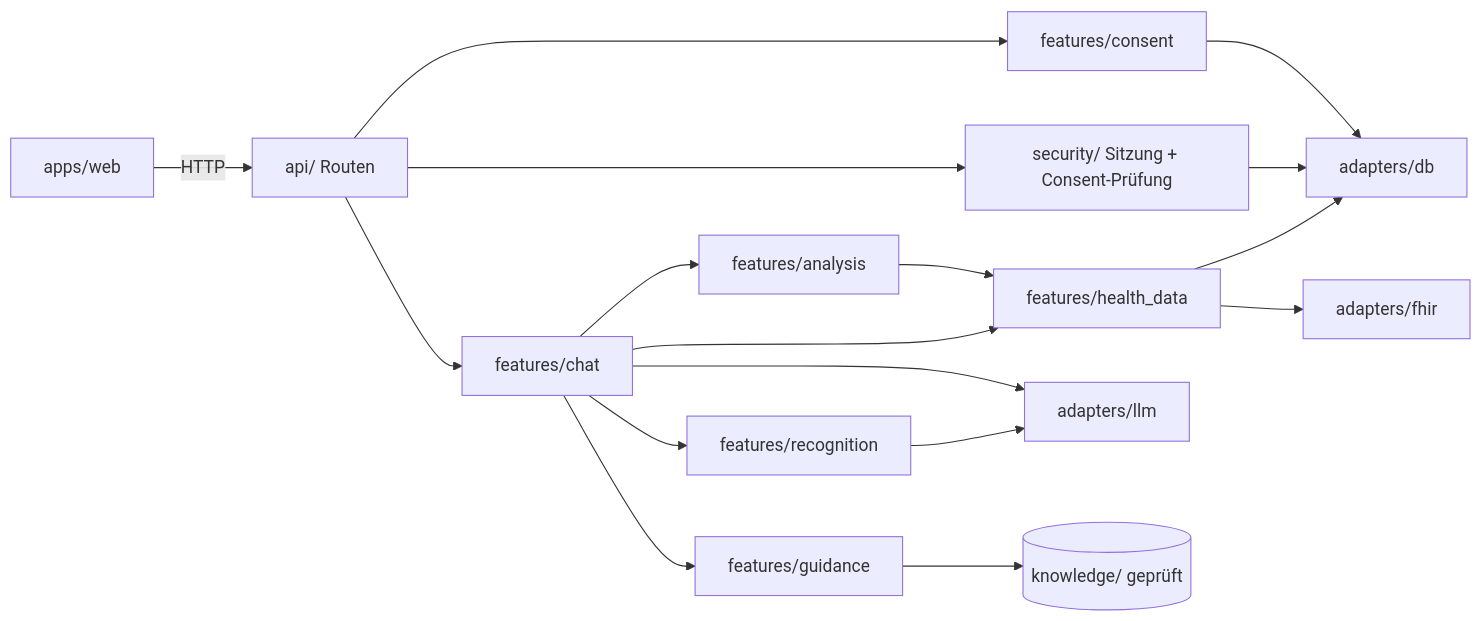
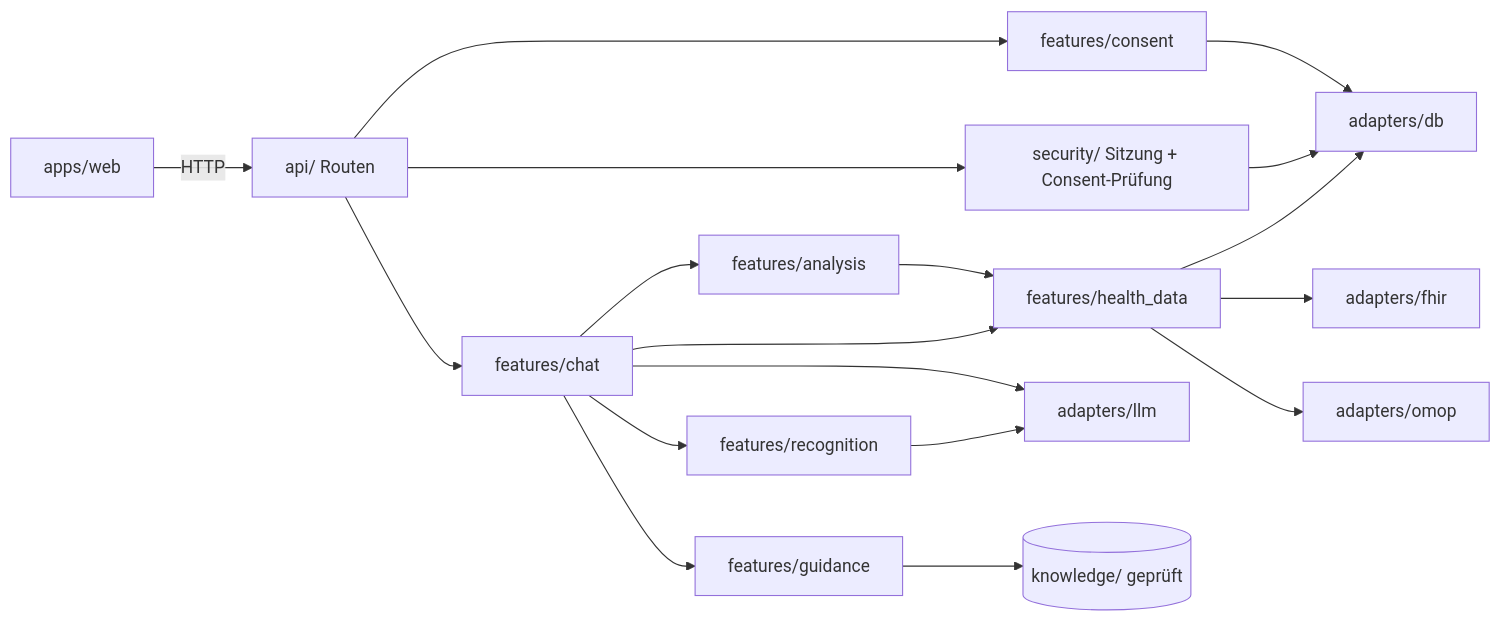
One commit to Afakani/VitaSync changed the diagram in docs/Architektur.md. Above: the diagram before and after it, drawn with Mermaid. The commit also changed other lines of this file and 6 other files, not shown here.

````diff
--- a/docs/Architektur.md
+++ b/docs/Architektur.md
@@ -11,19 +11,20 @@
 ```mermaid
 flowchart LR
   W[apps/web] -->|HTTP| R[api/ Routen]
   R --> S[security/ Sitzung + Consent-Prüfung]
   R --> CO[features/consent]
   R --> C[features/chat]
   C --> REC[features/recognition]
   C --> G[features/guidance]
   C --> H[features/health_data]
   C --> A[features/analysis]
   REC --> LLM[adapters/llm]
   G --> K[(knowledge/ geprüft)]
   H --> F[adapters/fhir]
+  H --> O[adapters/omop]
   H --> DB[adapters/db]
   A --> H
   S --> DB
   CO --> DB
   C --> LLM
 ```
````
